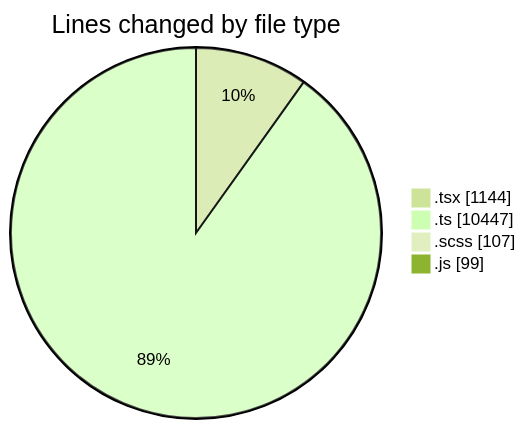
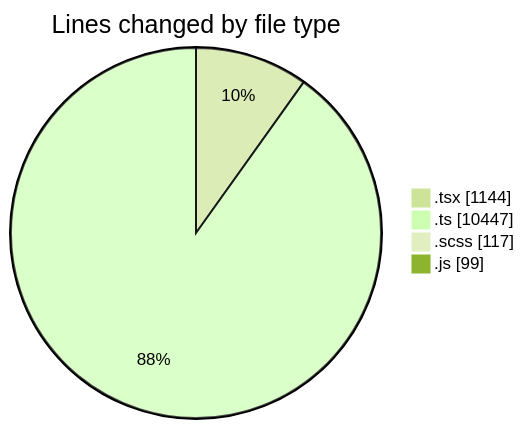
One commit to momahboobian/code-tracking changed the first of 2 diagrams in 2025-03-26/cda/README.md. Above: the diagram before and after it, drawn with Mermaid (forest theme). The commit also changed other lines of this file and 1 other file, not shown here.

````diff
--- a/2025-03-26/cda/README.md
+++ b/2025-03-26/cda/README.md
@@ -42,8 +42,8 @@
 ```mermaid
 pie showData
 title Lines changed by file type
 ".tsx" : 1144
 ".ts" : 10447
-".scss" : 107
+".scss" : 117
 ".js" : 99
 ```
````
